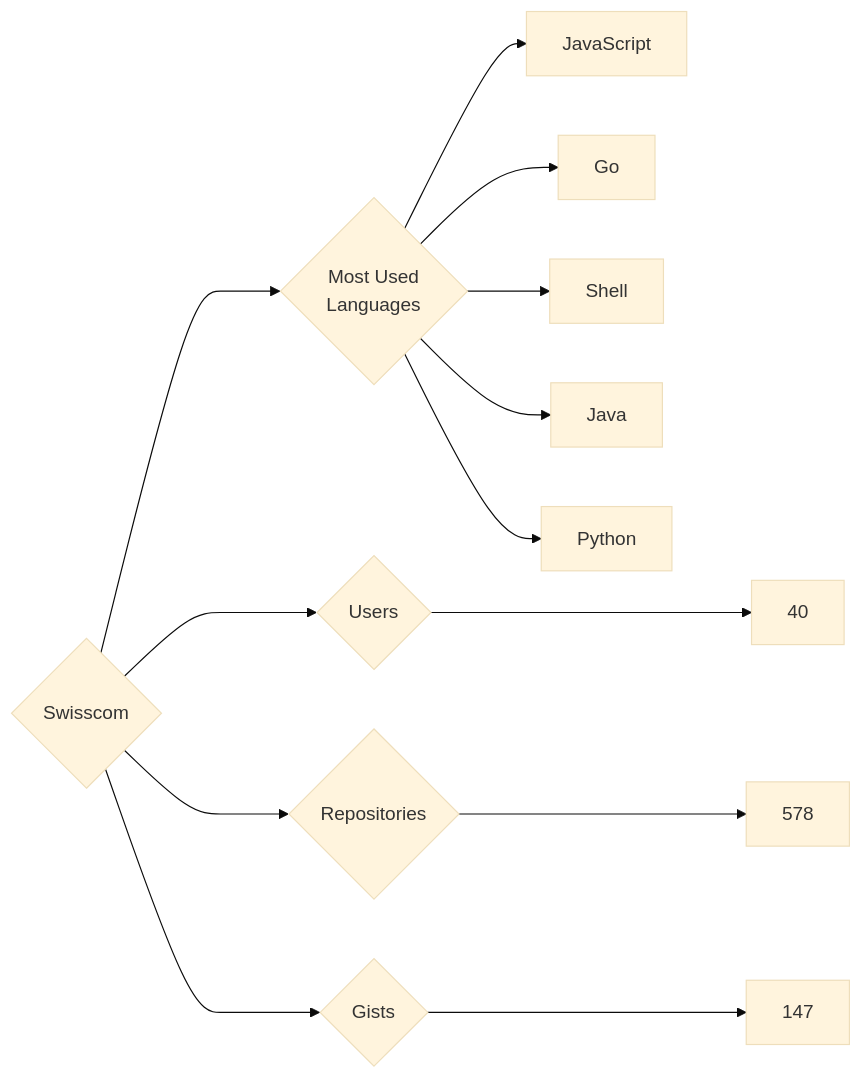
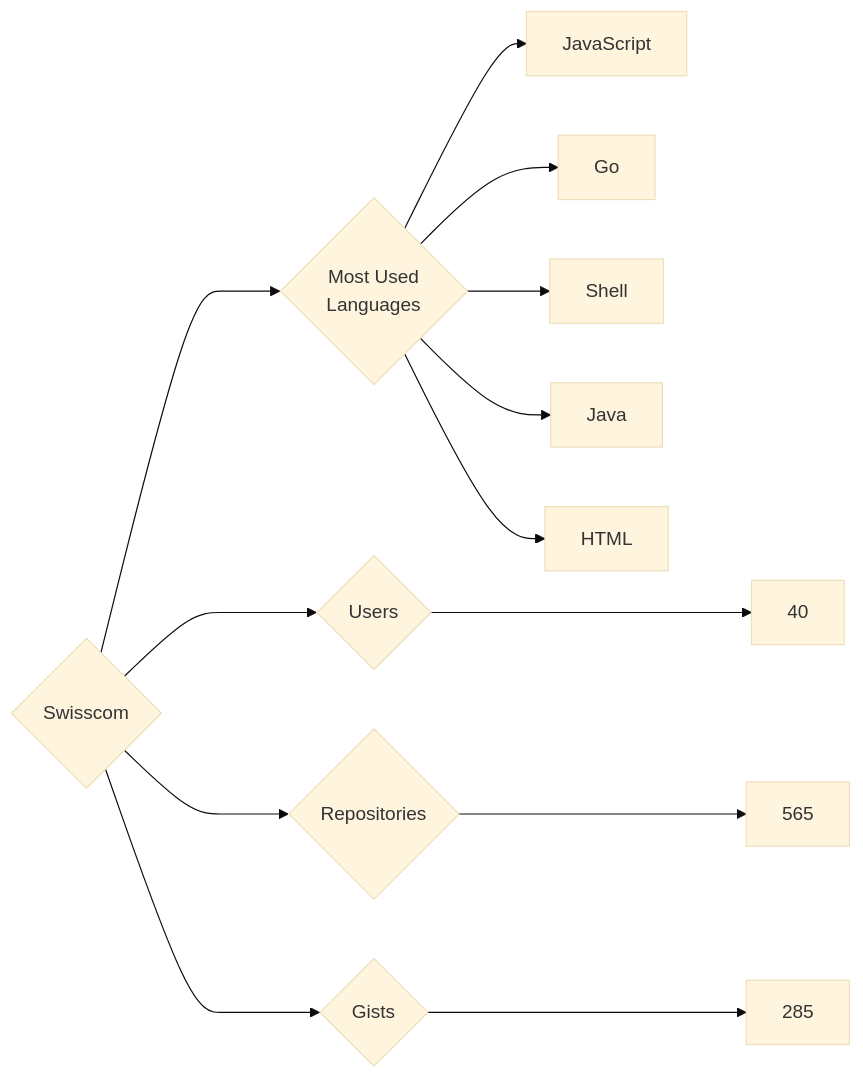
The diagram in targets/Swisscom/README.md (trickest/insiders), drawn with Mermaid (base theme) before and after one commit. The commit also changed 964 other files, not shown here.

````diff
--- a/targets/Swisscom/README.md
+++ b/targets/Swisscom/README.md
@@ -3,13 +3,13 @@
 ```mermaid
 graph LR
 COMPANY_NAME{Swisscom}
 COMPANY_NAME ---> U{Users} ---> UN[40]
-COMPANY_NAME ---> R{Repositories} ---> RN[578]
-COMPANY_NAME ---> G{Gists} ---> GN[147]
+COMPANY_NAME ---> R{Repositories} ---> RN[565]
+COMPANY_NAME ---> G{Gists} ---> GN[285]
 COMPANY_NAME ---> ML{Most Used<br>Languages}
 ML --> JavaScript[JavaScript]
 ML --> Go[Go]
 ML --> Shell[Shell]
 ML --> Java[Java]
-ML --> Python[Python]
+ML --> HTML[HTML]
 ```
````
